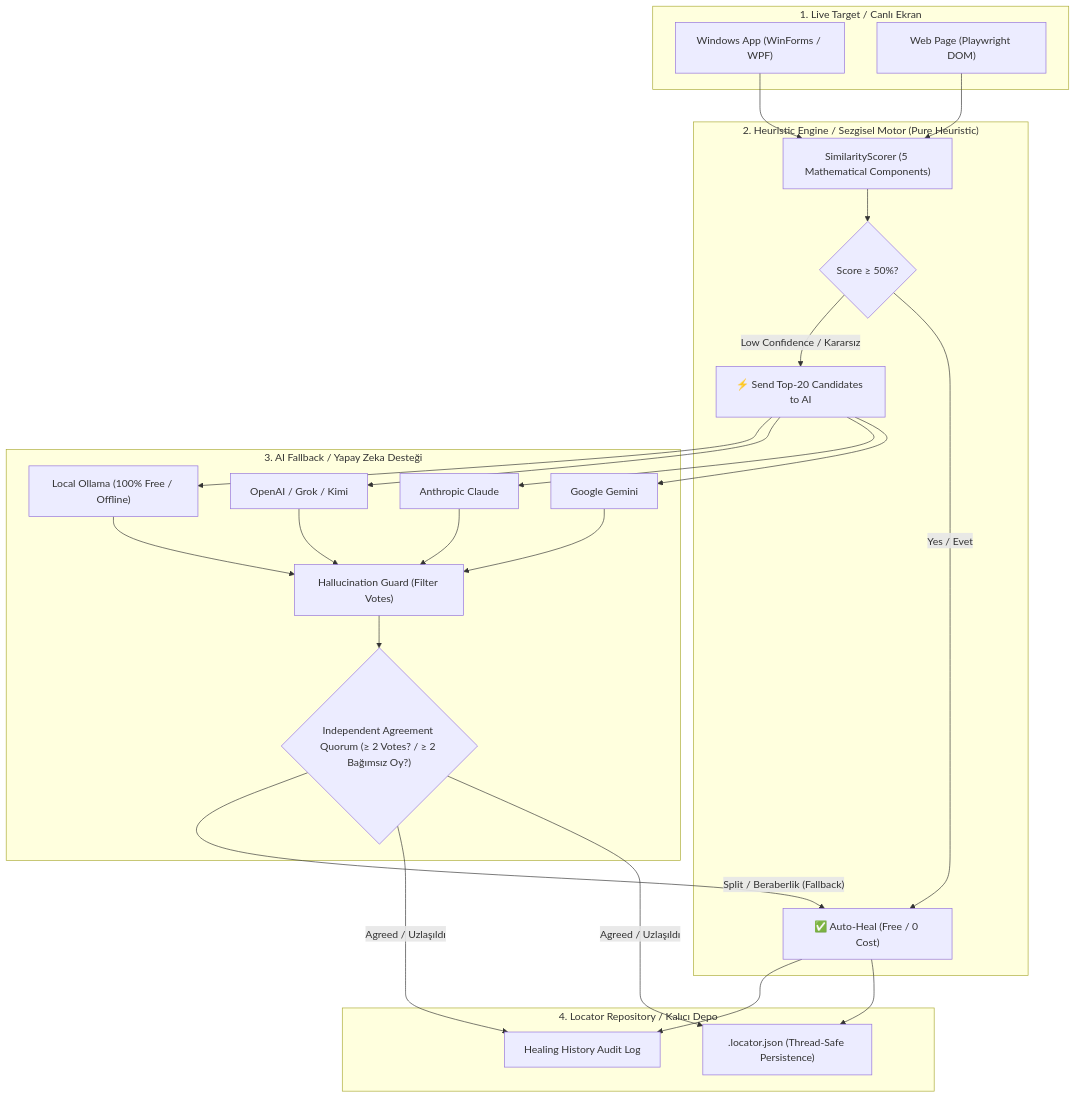
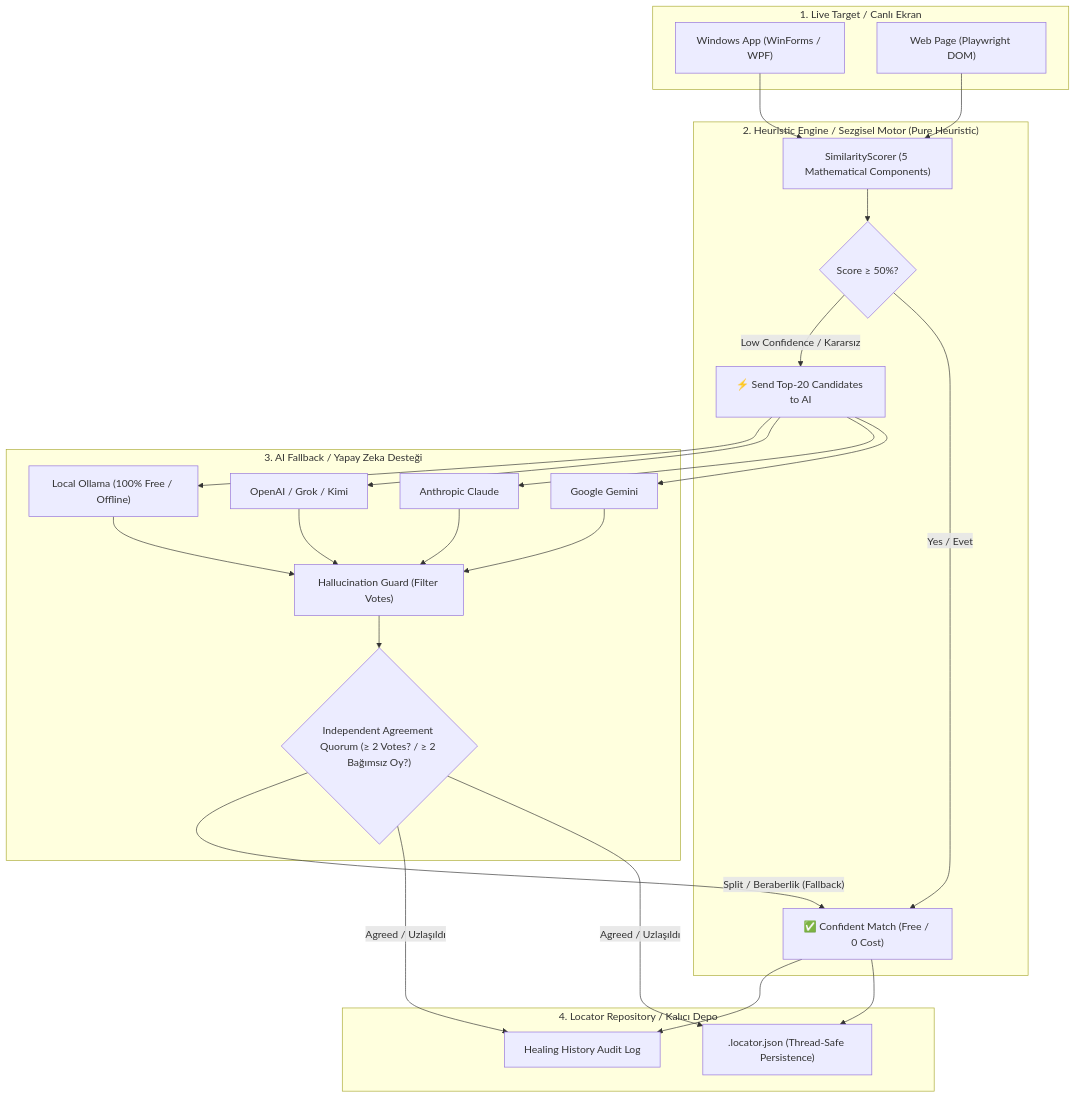
One commit to mustafasercansak/automation-sandbox changed the diagram in index.md. Above: the diagram before and after it, drawn with Mermaid. The commit also changed other lines of this file and 10 other files, not shown here.

````diff
--- a/index.md
+++ b/index.md
@@ -91,39 +91,39 @@
 ```mermaid
 flowchart TB
     subgraph INPUT ["1. Live Target / Canlı Ekran"]
         A1["Windows App (WinForms / WPF)"]
         A2["Web Page (Playwright DOM)"]
     end
 
     subgraph ENGINE ["2. Heuristic Engine / Sezgisel Motor (Pure Heuristic)"]
         B1["SimilarityScorer (5 Mathematical Components)"]
         B2{"Score ≥ 50%?"}
-        B3["✅ Auto-Heal (Free / 0 Cost)"]
+        B3["✅ Confident Match (Free / 0 Cost)"]
         B4["⚡ Send Top-20 Candidates to AI"]
     end
 
     subgraph AI ["3. AI Fallback / Yapay Zeka Desteği"]
         C1["Google Gemini"]
         C2["Anthropic Claude"]
         C3["OpenAI / Grok / Kimi"]
         C4["Local Ollama (100% Free / Offline)"]
         C5["Hallucination Guard (Filter Votes)"]
         C6{"Independent Agreement Quorum (≥ 2 Votes? / ≥ 2 Bağımsız Oy?)"}
     end
 
     subgraph REPO ["4. Locator Repository / Kalıcı Depo"]
         D1[".locator.json (Thread-Safe Persistence)"]
         D2["Healing History Audit Log"]
     end
 
     A1 & A2 --> B1
     B1 --> B2
     B2 -- Yes / Evet --> B3
     B2 -- Low Confidence / Kararsız --> B4
     B4 --> C1 & C2 & C3 & C4
     C1 & C2 & C3 & C4 --> C5
     C5 --> C6
     C6 -- Agreed / Uzlaşıldı --> D1 & D2
     C6 -- "Split / Beraberlik (Fallback)" --> B3
     B3 --> D1 & D2
 ```
````
